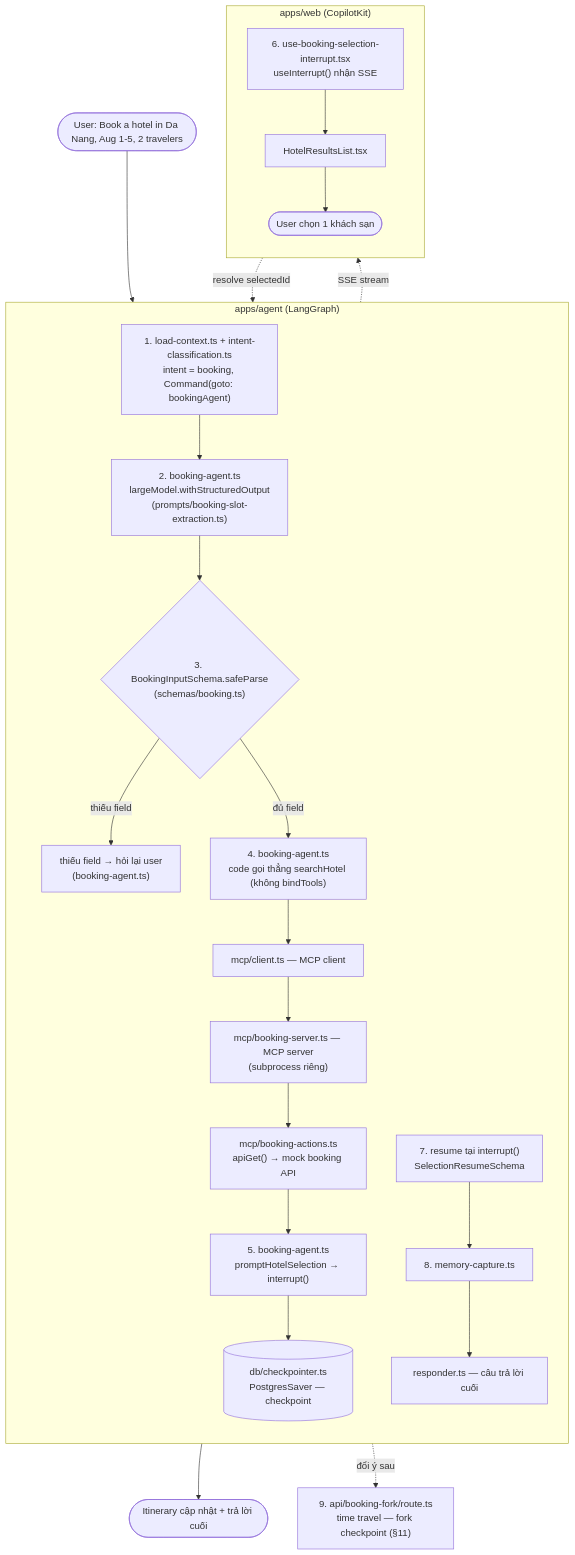
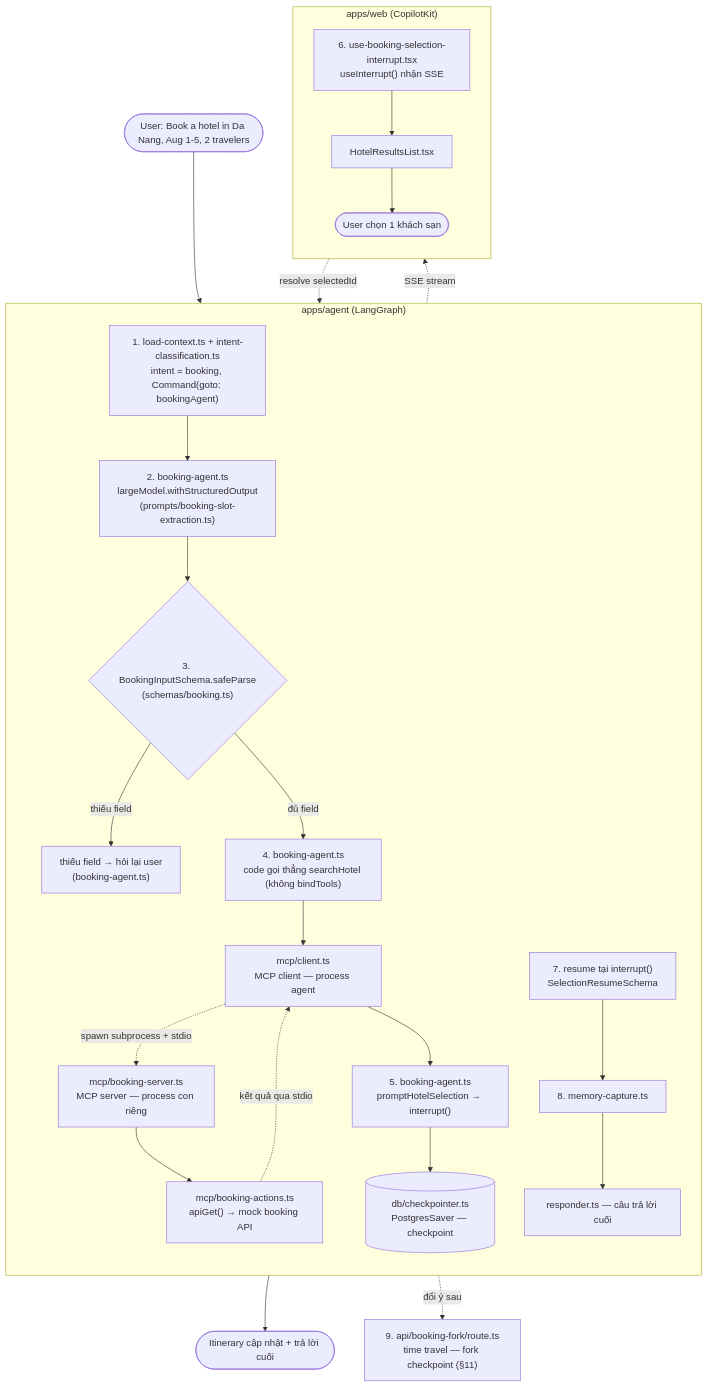
One commit to huongle-agilityio/healthcare-project-api changed the diagram in README.md. Above: the diagram before and after it, drawn with Mermaid. The commit also changed other lines of this file, not shown here.

````diff
--- a/README.md
+++ b/README.md
@@ -289,38 +289,39 @@
 ```mermaid
 flowchart TD
   U(["User: Book a hotel in Da Nang, Aug 1-5, 2 travelers"])
 
   subgraph AG["apps/agent (LangGraph)"]
     direction TB
     N1["1. load-context.ts + intent-classification.ts<br/>intent = booking, Command(goto: bookingAgent)"]
     N2["2. booking-agent.ts<br/>largeModel.withStructuredOutput<br/>(prompts/booking-slot-extraction.ts)"]
     N3{"3. BookingInputSchema.safeParse<br/>(schemas/booking.ts)"}
     N3a["thiếu field → hỏi lại user<br/>(booking-agent.ts)"]
     N4["4. booking-agent.ts<br/>code gọi thẳng searchHotel (không bindTools)"]
-    N4a["mcp/client.ts — MCP client"]
-    N4b["mcp/booking-server.ts — MCP server<br/>(subprocess riêng)"]
+    N4a["mcp/client.ts<br/>MCP client — process agent"]
+    N4b["mcp/booking-server.ts<br/>MCP server — process con riêng"]
     N4c["mcp/booking-actions.ts<br/>apiGet() → mock booking API"]
     N5["5. booking-agent.ts<br/>promptHotelSelection → interrupt()"]
     CKPT[("db/checkpointer.ts<br/>PostgresSaver — checkpoint")]
     N7["7. resume tại interrupt()<br/>SelectionResumeSchema"]
     N8["8. memory-capture.ts"]
     N9["responder.ts — câu trả lời cuối"]
   end
 
   subgraph WEB["apps/web (CopilotKit)"]
     direction TB
     N6["6. use-booking-selection-interrupt.tsx<br/>useInterrupt() nhận SSE"]
     N6b["HotelResultsList.tsx"]
     P(["User chọn 1 khách sạn"])
   end
 
   U --> N1 --> N2 --> N3
   N3 -- thiếu field --> N3a
-  N3 -- đủ field --> N4 --> N4a --> N4b --> N4c
-  N4c --> N5
+  N3 -- đủ field --> N4 --> N4a
+  N4a -. spawn subprocess + stdio .-> N4b --> N4c
+  N4c -. kết quả qua stdio .-> N4a --> N5
   N5 --> CKPT
   N5 -. SSE stream .-> N6 --> N6b --> P
   P -. resolve selectedId .-> N7 --> N8 --> N9
   N9 --> D(["Itinerary cập nhật + trả lời cuối"])
   N9 -. đổi ý sau .-> FORK["9. api/booking-fork/route.ts<br/>time travel — fork checkpoint (§11)"]
 ```
````
